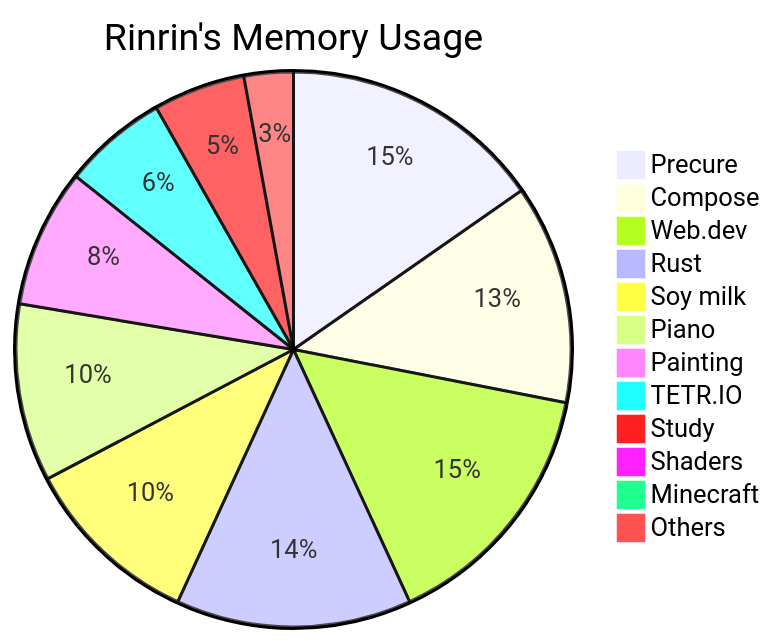
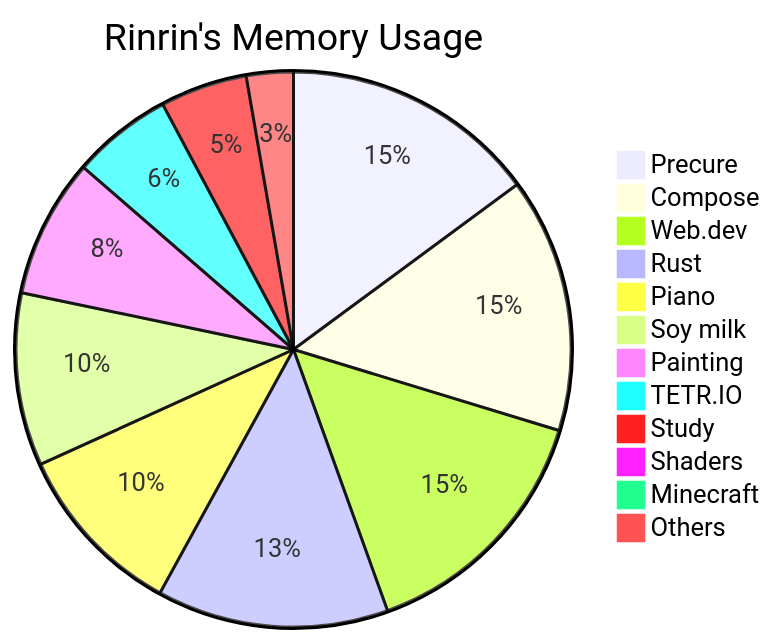
Before and after one commit to Rinrin0413/Rinrin0413: the diagram in README.md, drawn with Mermaid.

Commit message:
🛠 Update: Rinrin's Memory Usage

````diff
--- a/README.md
+++ b/README.md
@@ -77,15 +77,15 @@
 ```mermaid
 pie title Rinrin's Memory Usage
-    "Precure": 604
-    "Compose": 503
-    "Web.dev": 594
-    "Rust": 541
-    "Soy milk": 412
-    "Piano": 408
-    "Painting": 318
-    "TETR.IO": 240
-    "Study": 211
+    "Precure": 605
+    "Compose": 603
+    "Web.dev": 601
+    "Rust": 548
+    "Piano": 416
+    "Soy milk": 409
+    "Painting": 329
+    "TETR.IO": 237
+    "Study": 206
     "Shaders": 30
     "Minecraft": 30
-    "Others": 113
+    "Others": 111
 ```
````
